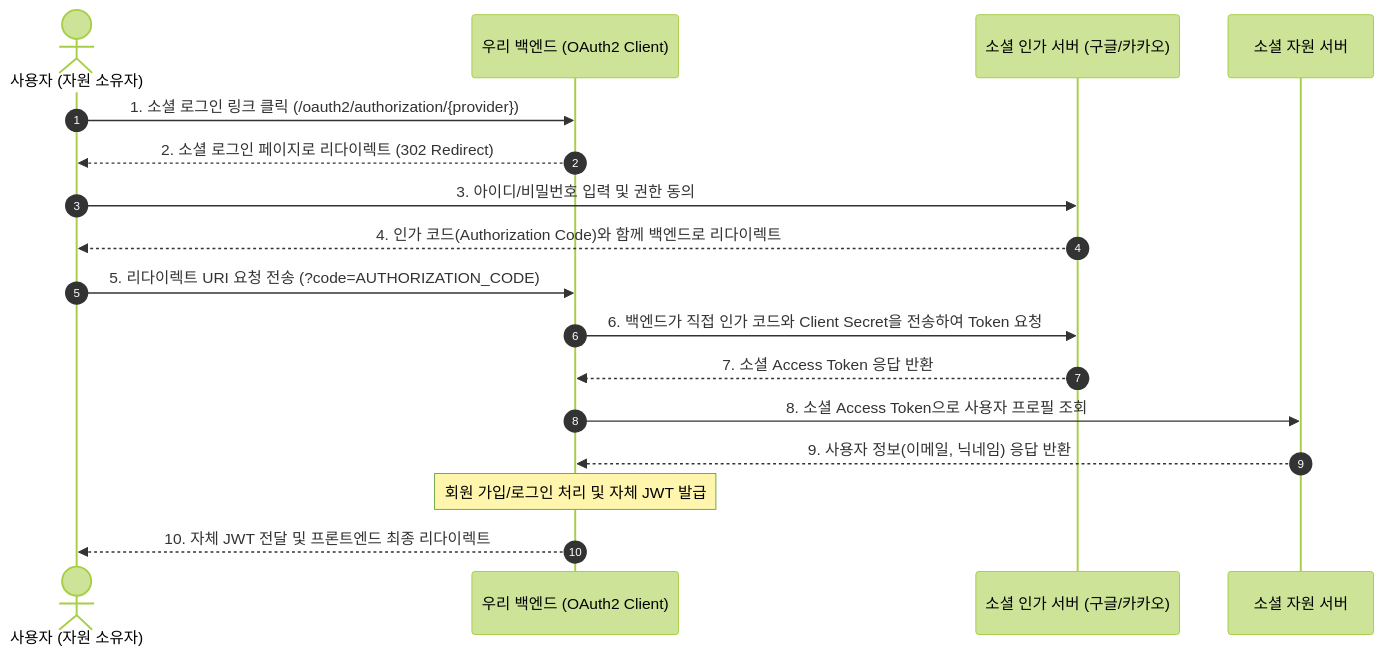
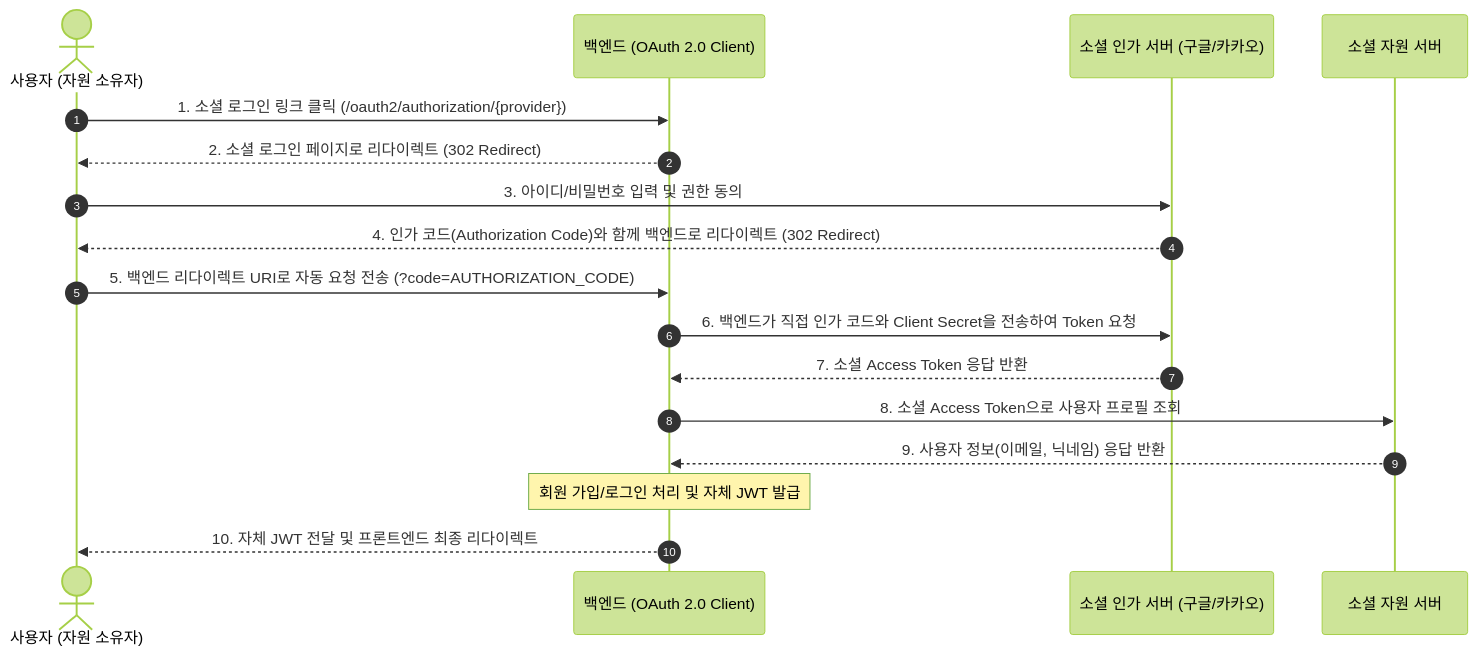
The third of 3 diagrams in docs/08.spring_security.md (BEBC-25/springboot-yong), drawn with Mermaid (forest theme) before and after one commit. The commit also changed other lines of this file, not shown here.

````diff
--- a/docs/08.spring_security.md
+++ b/docs/08.spring_security.md
@@ -1944,20 +1908,20 @@
 ```mermaid
 sequenceDiagram
     autonumber
     actor User as 사용자 (자원 소유자)
-    participant Client as 우리 백엔드 (OAuth2 Client)
+    participant Client as 백엔드 (OAuth 2.0 Client)
     participant AuthServer as 소셜 인가 서버 (구글/카카오)
     participant ResourceServer as 소셜 자원 서버
 
     User->>Client: 1. 소셜 로그인 링크 클릭 (/oauth2/authorization/{provider})
     Client-->>User: 2. 소셜 로그인 페이지로 리다이렉트 (302 Redirect)
     User->>AuthServer: 3. 아이디/비밀번호 입력 및 권한 동의
-    AuthServer-->>User: 4. 인가 코드(Authorization Code)와 함께 백엔드로 리다이렉트
-    User->>Client: 5. 리다이렉트 URI 요청 전송 (?code=AUTHORIZATION_CODE)
+    AuthServer-->>User: 4. 인가 코드(Authorization Code)와 함께 백엔드로 리다이렉트 (302 Redirect)
+    User->>Client: 5. 백엔드 리다이렉트 URI로 자동 요청 전송 (?code=AUTHORIZATION_CODE)
     Client->>AuthServer: 6. 백엔드가 직접 인가 코드와 Client Secret을 전송하여 Token 요청
     AuthServer-->>Client: 7. 소셜 Access Token 응답 반환
     Client->>ResourceServer: 8. 소셜 Access Token으로 사용자 프로필 조회
     ResourceServer-->>Client: 9. 사용자 정보(이메일, 닉네임) 응답 반환
     Note over Client: 회원 가입/로그인 처리 및 자체 JWT 발급
     Client-->>User: 10. 자체 JWT 전달 및 프론트엔드 최종 리다이렉트
 ```
````
